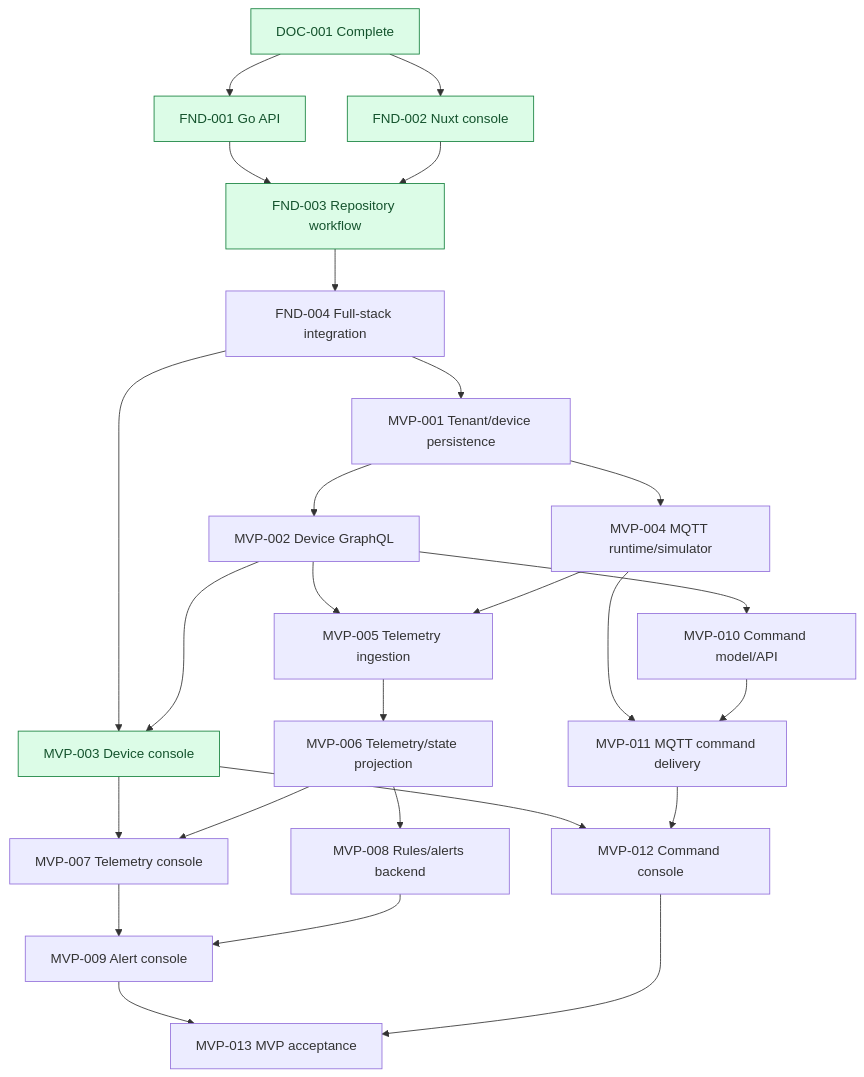
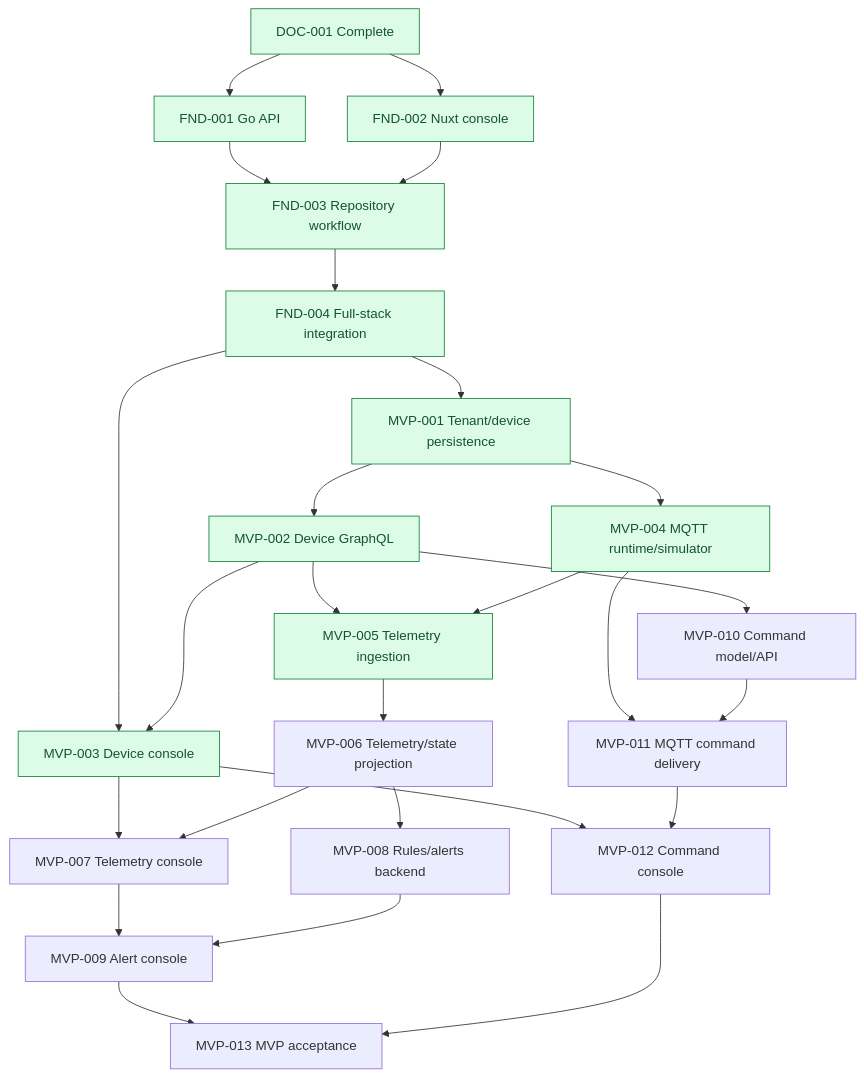
Before and after one commit to methat-ruk/pulsegrid: the second of 2 diagrams in docs/roadmap/roadmap.md, drawn with Mermaid. The commit also changed other lines of this file and 32 other files, not shown here.

````diff
--- a/docs/roadmap/roadmap.md
+++ b/docs/roadmap/roadmap.md
@@ -49,41 +49,46 @@
 ```mermaid
 flowchart TD
     DOC001[DOC-001 Complete] --> FND001[FND-001 Go API]
     DOC001 --> FND002[FND-002 Nuxt console]
     FND001 --> FND003[FND-003 Repository workflow]
     FND002 --> FND003
     FND003 --> FND004[FND-004 Full-stack integration]
 
     FND004 --> MVP001[MVP-001 Tenant/device persistence]
     MVP001 --> MVP002[MVP-002 Device GraphQL]
     FND004 --> MVP003[MVP-003 Device console]
     MVP002 --> MVP003
 
     MVP001 --> MVP004[MVP-004 MQTT runtime/simulator]
     MVP002 --> MVP005[MVP-005 Telemetry ingestion]
     MVP004 --> MVP005
     MVP005 --> MVP006[MVP-006 Telemetry/state projection]
     MVP003 --> MVP007[MVP-007 Telemetry console]
     MVP006 --> MVP007
 
     MVP006 --> MVP008[MVP-008 Rules/alerts backend]
     MVP007 --> MVP009[MVP-009 Alert console]
     MVP008 --> MVP009
 
     MVP002 --> MVP010[MVP-010 Command model/API]
     MVP004 --> MVP011[MVP-011 MQTT command delivery]
     MVP010 --> MVP011
     MVP003 --> MVP012[MVP-012 Command console]
     MVP011 --> MVP012
 
     MVP009 --> MVP013[MVP-013 MVP acceptance]
     MVP012 --> MVP013
 
     classDef complete fill:#DCFCE7,stroke:#15803D,color:#14532D;
     classDef progress fill:#FEF3C7,stroke:#B45309,color:#78350F;
     class DOC001 complete;
     class FND001 complete;
     class FND002 complete;
     class FND003 complete;
+    class FND004 complete;
+    class MVP001 complete;
+    class MVP002 complete;
     class MVP003 complete;
+    class MVP004 complete;
+    class MVP005 complete;
 ```
````
